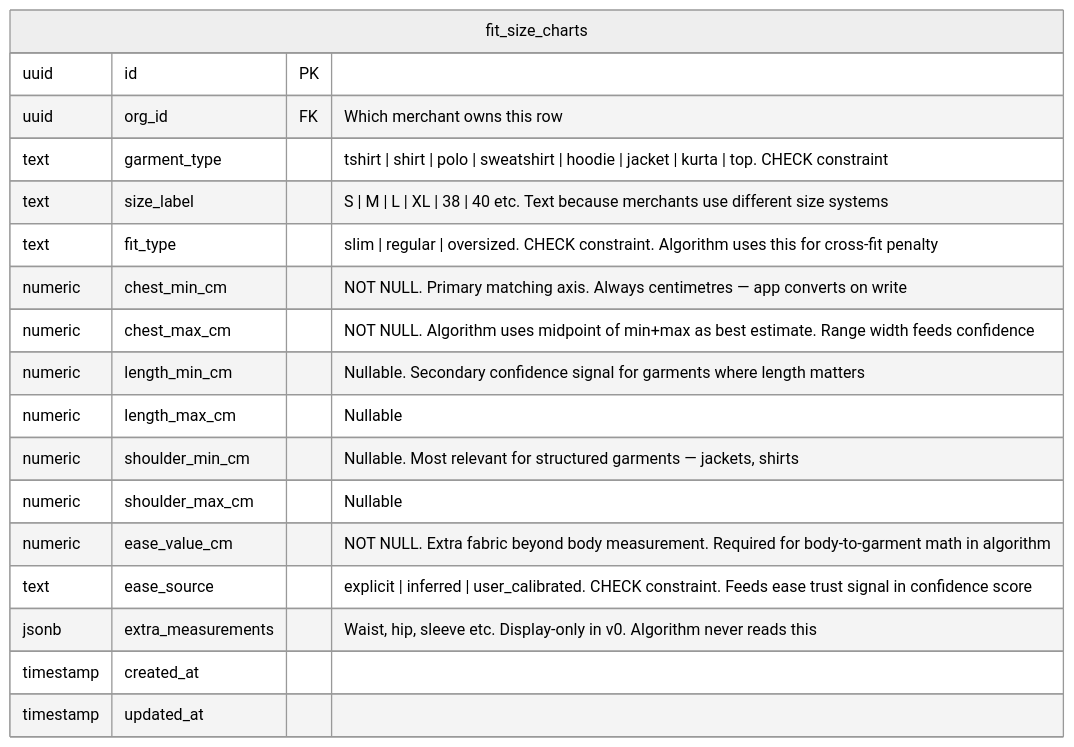
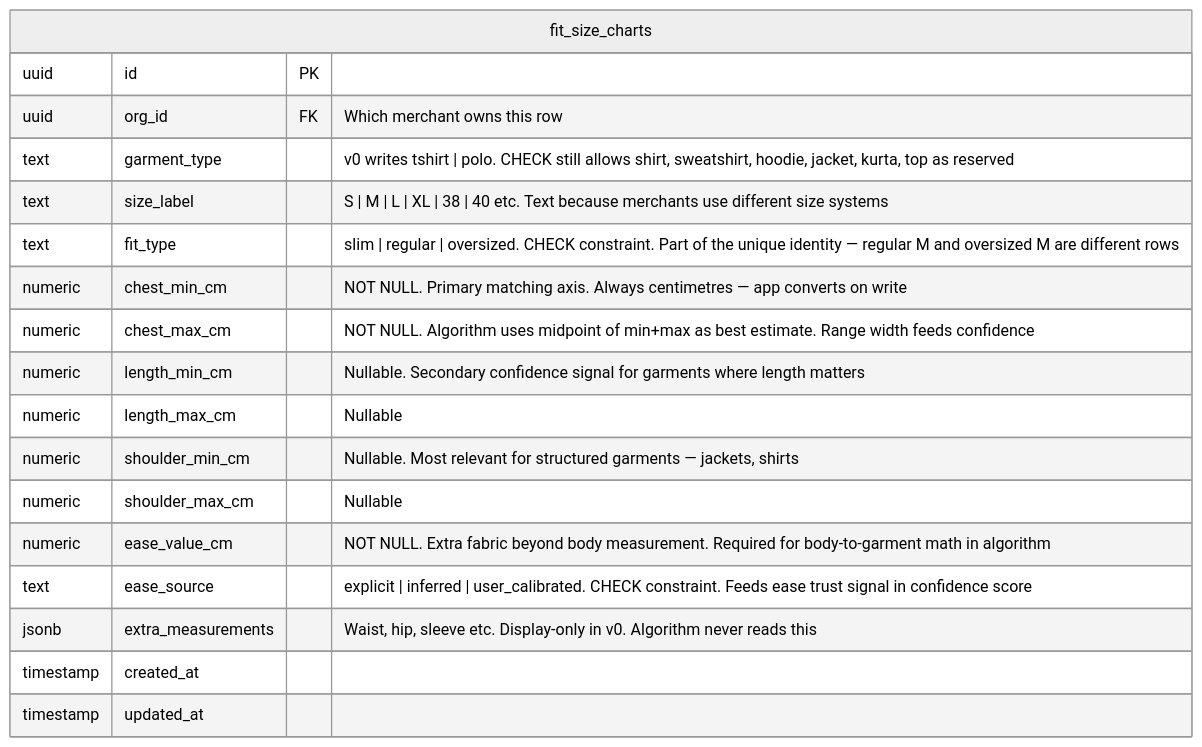
One commit to Planicle-labs/Snug changed the fifth of 11 diagrams in docs/schema-uml.md. Above: the diagram before and after it, drawn with Mermaid (neutral theme). The commit also changed other lines of this file and 20 other files, not shown here.

Commit message:
feat(db): whole schema revamp

````diff
--- a/docs/schema-uml.md
+++ b/docs/schema-uml.md
@@ -283,21 +283,21 @@
 ```mermaid
 erDiagram
   fit_size_charts {
     uuid id PK
     uuid org_id FK "Which merchant owns this row"
-    text garment_type "tshirt | shirt | polo | sweatshirt | hoodie | jacket | kurta | top. CHECK constraint"
+    text garment_type "v0 writes tshirt | polo. CHECK still allows shirt, sweatshirt, hoodie, jacket, kurta, top as reserved"
     text size_label "S | M | L | XL | 38 | 40 etc. Text because merchants use different size systems"
-    text fit_type "slim | regular | oversized. CHECK constraint. Algorithm uses this for cross-fit penalty"
+    text fit_type "slim | regular | oversized. CHECK constraint. Part of the unique identity — regular M and oversized M are different rows"
     numeric chest_min_cm "NOT NULL. Primary matching axis. Always centimetres — app converts on write"
     numeric chest_max_cm "NOT NULL. Algorithm uses midpoint of min+max as best estimate. Range width feeds confidence"
     numeric length_min_cm "Nullable. Secondary confidence signal for garments where length matters"
     numeric length_max_cm "Nullable"
     numeric shoulder_min_cm "Nullable. Most relevant for structured garments — jackets, shirts"
     numeric shoulder_max_cm "Nullable"
     numeric ease_value_cm "NOT NULL. Extra fabric beyond body measurement. Required for body-to-garment math in algorithm"
     text ease_source "explicit | inferred | user_calibrated. CHECK constraint. Feeds ease trust signal in confidence score"
     jsonb extra_measurements "Waist, hip, sleeve etc. Display-only in v0. Algorithm never reads this"
     timestamp created_at
     timestamp updated_at
   }
 ```
````
